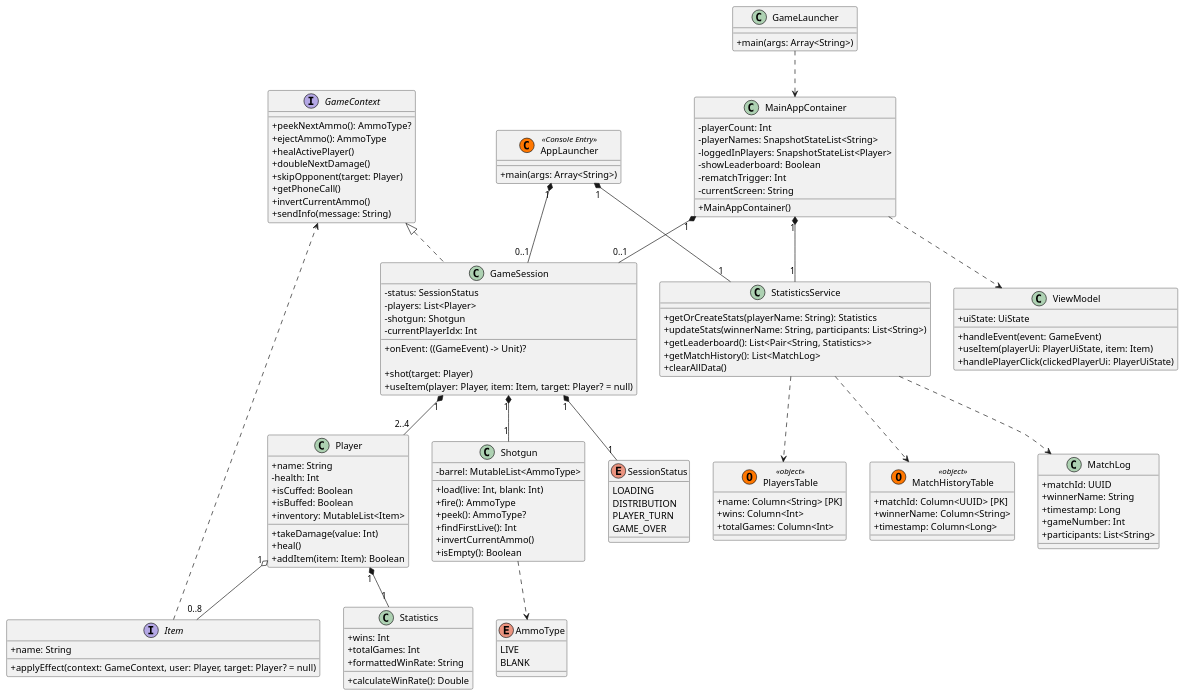
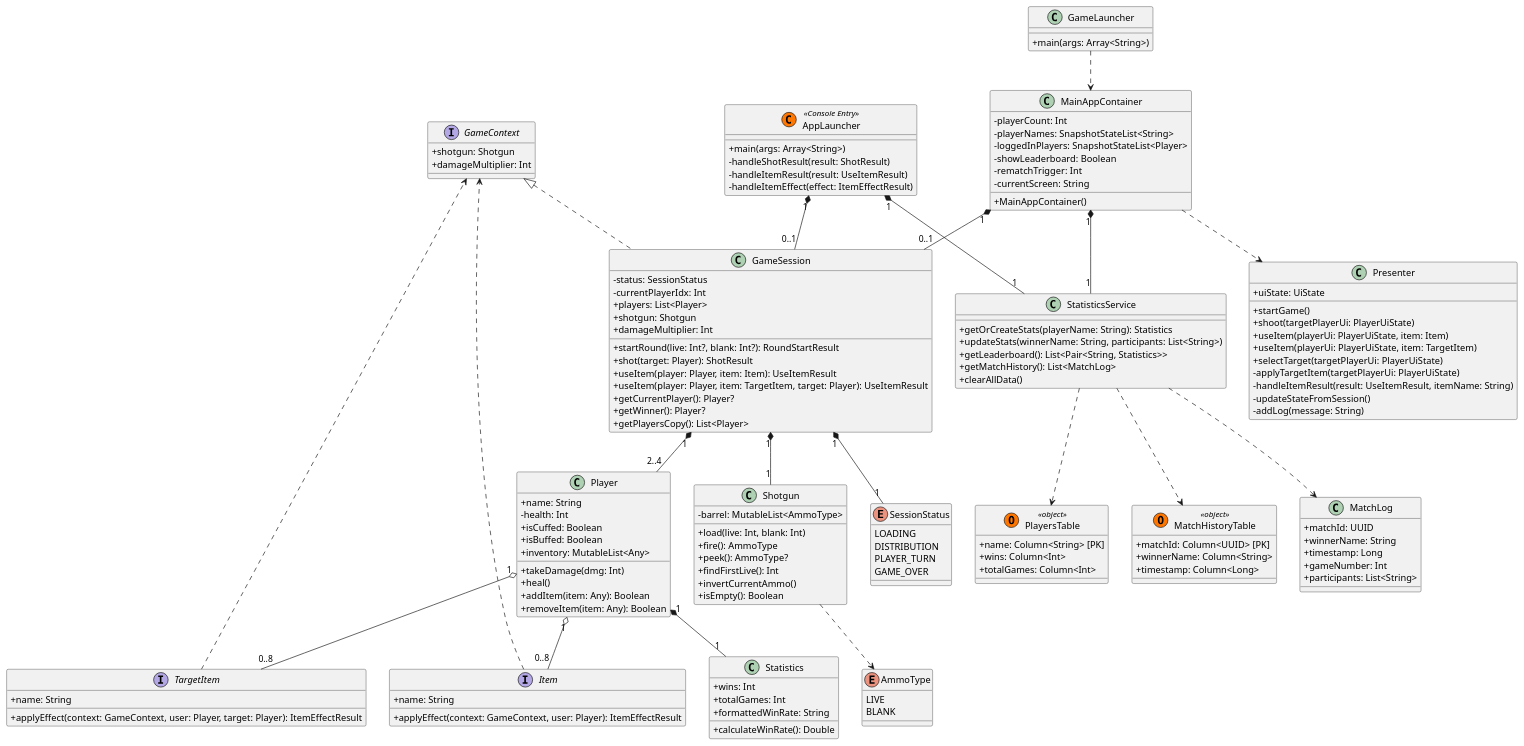
One commit to ermmmaks/CasePracticeKT changed the diagram in diagram.puml. Above: the diagram before and after it, drawn with PlantUML. The commit also changed 3 other files, not shown here.

Commit message:
Refresh description, diagram

```diff
--- a/diagram.puml
+++ b/diagram.puml
@@ -1,156 +1,175 @@
 @startuml
 skinparam classAttributeIconSize 0
 
 ' --- Interfaces and Abstractions ---
 
 interface GameContext {
-    + peekNextAmmo(): AmmoType?
-    + ejectAmmo(): AmmoType
-    + healActivePlayer()
-    + doubleNextDamage()
-    + skipOpponent(target: Player)
-    + getPhoneCall()
-    + invertCurrentAmmo()
-    + sendInfo(message: String)
+    + shotgun: Shotgun
+    + damageMultiplier: Int
 }
 
 interface Item {
     + name: String
-    + applyEffect(context: GameContext, user: Player, target: Player? = null)
+    + applyEffect(context: GameContext, user: Player): ItemEffectResult
 }
 
-' --- Presentation & Navigation Layer (ui & VM) ---
+interface TargetItem {
+    + name: String
+    + applyEffect(context: GameContext, user: Player, target: Player): ItemEffectResult
+}
+
+' --- Presentation & Navigation Layer (UI & Presenter) ---
 
 class GameLauncher {
     + main(args: Array<String>)
 }
 
 class MainAppContainer {
     - playerCount: Int
     - playerNames: SnapshotStateList<String>
     - loggedInPlayers: SnapshotStateList<Player>
     - showLeaderboard: Boolean
     - rematchTrigger: Int
     - currentScreen: String
     + MainAppContainer()
 }
 
-class ViewModel {
+class Presenter {
     + uiState: UiState
-    + handleEvent(event: GameEvent)
+    + startGame()
+    + shoot(targetPlayerUi: PlayerUiState)
     + useItem(playerUi: PlayerUiState, item: Item)
-    + handlePlayerClick(clickedPlayerUi: PlayerUiState)
+    + useItem(playerUi: PlayerUiState, item: TargetItem)
+    + selectTarget(targetPlayerUi: PlayerUiState)
+    - applyTargetItem(targetPlayerUi: PlayerUiState)
+    - handleItemResult(result: UseItemResult, itemName: String)
+    - updateStateFromSession()
+    - addLog(message: String)
 }
 
 ' --- Domain Logic Layer (Core engine) ---
 
 class AppLauncher << (C,#FF7700) Console Entry >> {
     + main(args: Array<String>)
+    - handleShotResult(result: ShotResult)
+    - handleItemResult(result: UseItemResult)
+    - handleItemEffect(effect: ItemEffectResult)
 }
 
 class GameSession implements GameContext {
     - status: SessionStatus
-    - players: List<Player>
-    - shotgun: Shotgun
     - currentPlayerIdx: Int
-    + onEvent: ((GameEvent) -> Unit)?
+    + players: List<Player>
+    + shotgun: Shotgun
+    + damageMultiplier: Int
 
-    + shot(target: Player)
-    + useItem(player: Player, item: Item, target: Player? = null)
+    + startRound(live: Int?, blank: Int?): RoundStartResult
+    + shot(target: Player): ShotResult
+    + useItem(player: Player, item: Item): UseItemResult
+    + useItem(player: Player, item: TargetItem, target: Player): UseItemResult
+    + getCurrentPlayer(): Player?
+    + getWinner(): Player?
+    + getPlayersCopy(): List<Player>
 }
 
 class Shotgun {
     - barrel: MutableList<AmmoType>
     + load(live: Int, blank: Int)
     + fire(): AmmoType
     + peek(): AmmoType?
     + findFirstLive(): Int
     + invertCurrentAmmo()
     + isEmpty(): Boolean
 }
 
 class Player {
     + name: String
     - health: Int
     + isCuffed: Boolean
     + isBuffed: Boolean
-    + inventory: MutableList<Item>
+    + inventory: MutableList<Any>
 
-    + takeDamage(value: Int)
+    + takeDamage(dmg: Int)
     + heal()
-    + addItem(item: Item): Boolean
+    + addItem(item: Any): Boolean
+    + removeItem(item: Any): Boolean
 }
 
-' --- data Access Layer (Exposed ORM & SQLite) ---
+' --- Data Access Layer (Exposed ORM & SQLite) ---
 
 class StatisticsService {
     + getOrCreateStats(playerName: String): Statistics
     + updateStats(winnerName: String, participants: List<String>)
     + getLeaderboard(): List<Pair<String, Statistics>>
     + getMatchHistory(): List<MatchLog>
     + clearAllData()
 }
 
 entity PlayersTable << (O,#FF7700) object >> {
     + name: Column<String> [PK]
     + wins: Column<Int>
     + totalGames: Column<Int>
 }
 
 entity MatchHistoryTable << (O,#FF7700) object >> {
     + matchId: Column<UUID> [PK]
     + winnerName: Column<String>
     + timestamp: Column<Long>
 }
 
 class Statistics {
     + wins: Int
     + totalGames: Int
     + formattedWinRate: String
     + calculateWinRate(): Double
 }
 
 class MatchLog {
     + matchId: UUID
     + winnerName: String
     + timestamp: Long
     + gameNumber: Int
     + participants: List<String>
 }
 
 ' --- Enumerations ---
 
 enum AmmoType {
     LIVE
     BLANK
 }
 
 enum SessionStatus {
     LOADING
     DISTRIBUTION
     PLAYER_TURN
     GAME_OVER
 }
 
 ' --- Relationships and Dependencies ---
 
 GameLauncher ..> MainAppContainer
 MainAppContainer "1" *-- "0..1" GameSession
 MainAppContainer "1" *-- "1" StatisticsService
-MainAppContainer ..> ViewModel
+MainAppContainer ..> Presenter
 
 AppLauncher "1" *-- "0..1" GameSession
 AppLauncher "1" *-- "1" StatisticsService
 GameSession "1" *-- "2..4" Player
 GameSession "1" *-- "1" Shotgun
 GameSession "1" *-- "1" SessionStatus
 
 Item ..> GameContext
+TargetItem ..> GameContext
 Player "1" *-- "1" Statistics
+
+' Связи инвентаря игрока со всеми типами предметов
 Player "1" o-- "0..8" Item
+Player "1" o-- "0..8" TargetItem
+
 Shotgun ..> AmmoType
 
 StatisticsService ..> PlayersTable
 StatisticsService ..> MatchHistoryTable
 StatisticsService ..> MatchLog
 @enduml
```
